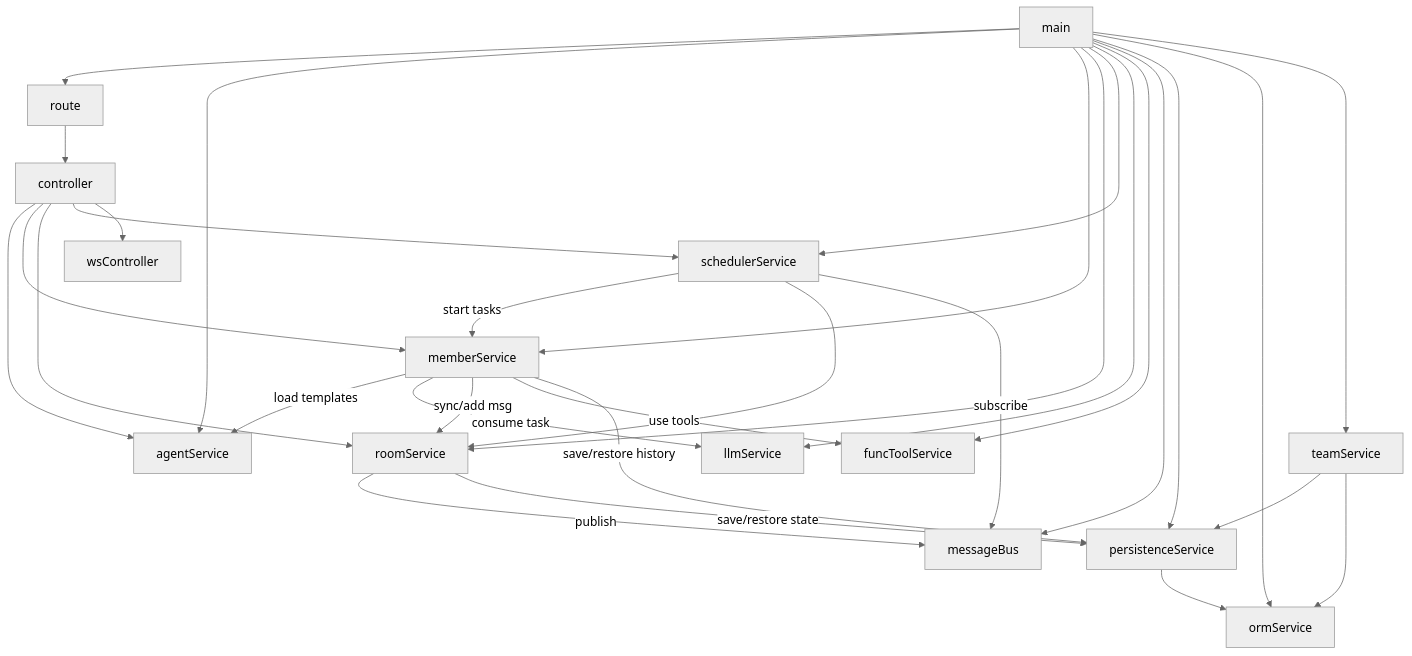
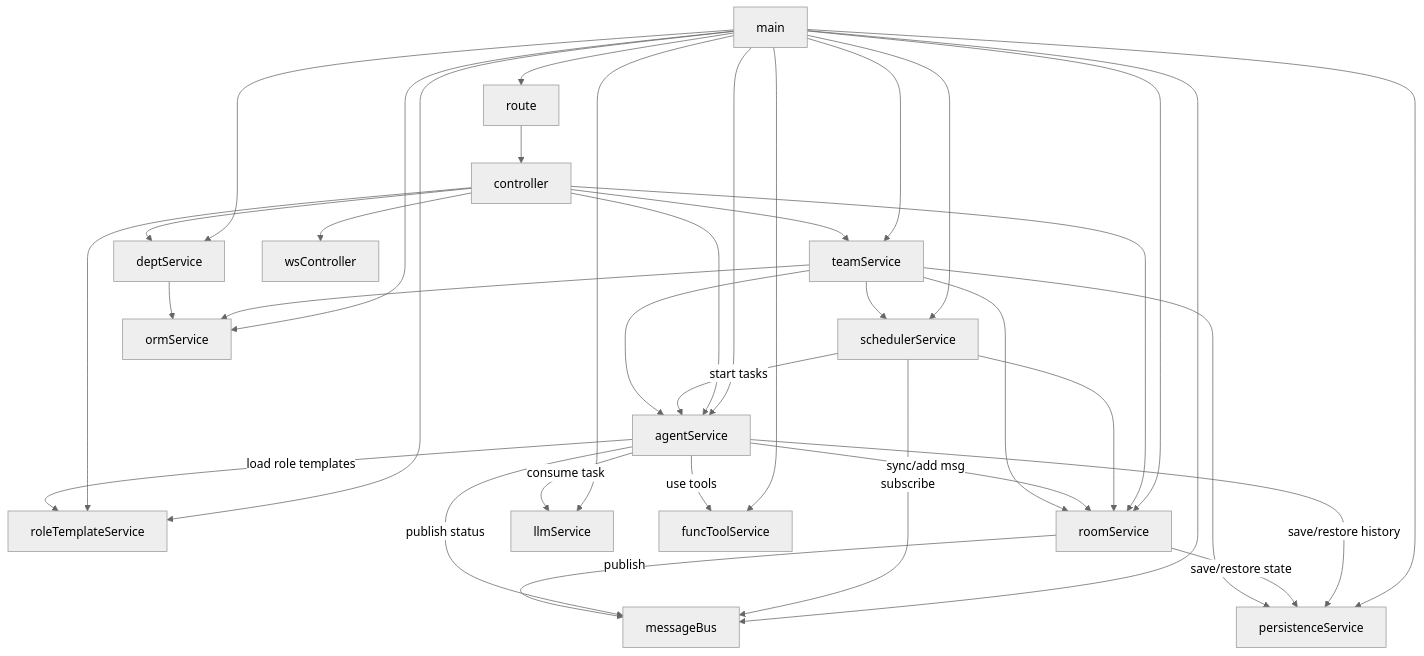
Before and after one commit to alexazhou/TogoSpace: the diagram in docs/tech/service_dependencies.md, drawn with Mermaid (neutral theme). The commit also changed other lines of this file and 7 other files, not shown here.

````diff
--- a/docs/tech/service_dependencies.md
+++ b/docs/tech/service_dependencies.md
@@ -3,38 +3,45 @@
 ```mermaid
 graph TD
     main --> route
+    main --> roleTemplateService
     main --> agentService
-    main --> memberService
     main --> roomService
     main --> schedulerService
     main --> llmService
     main --> funcToolService
     main --> messageBus
     main --> persistenceService
     main --> ormService
     main --> teamService
+    main --> deptService
 
     route --> controller
+    controller --> roleTemplateService
     controller --> agentService
-    controller --> memberService
     controller --> roomService
-    controller --> schedulerService
+    controller --> teamService
+    controller --> deptService
     controller --> wsController
 
-    schedulerService -->|start tasks| memberService
+    schedulerService -->|start tasks| agentService
     schedulerService --> roomService
     schedulerService -->|subscribe| messageBus
 
-    memberService -->|load templates| agentService
-    memberService -->|consume task| llmService
-    memberService -->|sync/add msg| roomService
-    memberService -->|use tools| funcToolService
-    memberService -->|save/restore history| persistenceService
+    agentService -->|load role templates| roleTemplateService
+    agentService -->|consume task| llmService
+    agentService -->|sync/add msg| roomService
+    agentService -->|use tools| funcToolService
+    agentService -->|save/restore history| persistenceService
+    agentService -->|publish status| messageBus
 
     roomService -->|publish| messageBus
     roomService -->|save/restore state| persistenceService
 
-    persistenceService --> ormService
     teamService --> persistenceService
     teamService --> ormService
+    teamService --> agentService
+    teamService --> roomService
+    teamService --> schedulerService
+
+    deptService --> ormService
 ```
````
